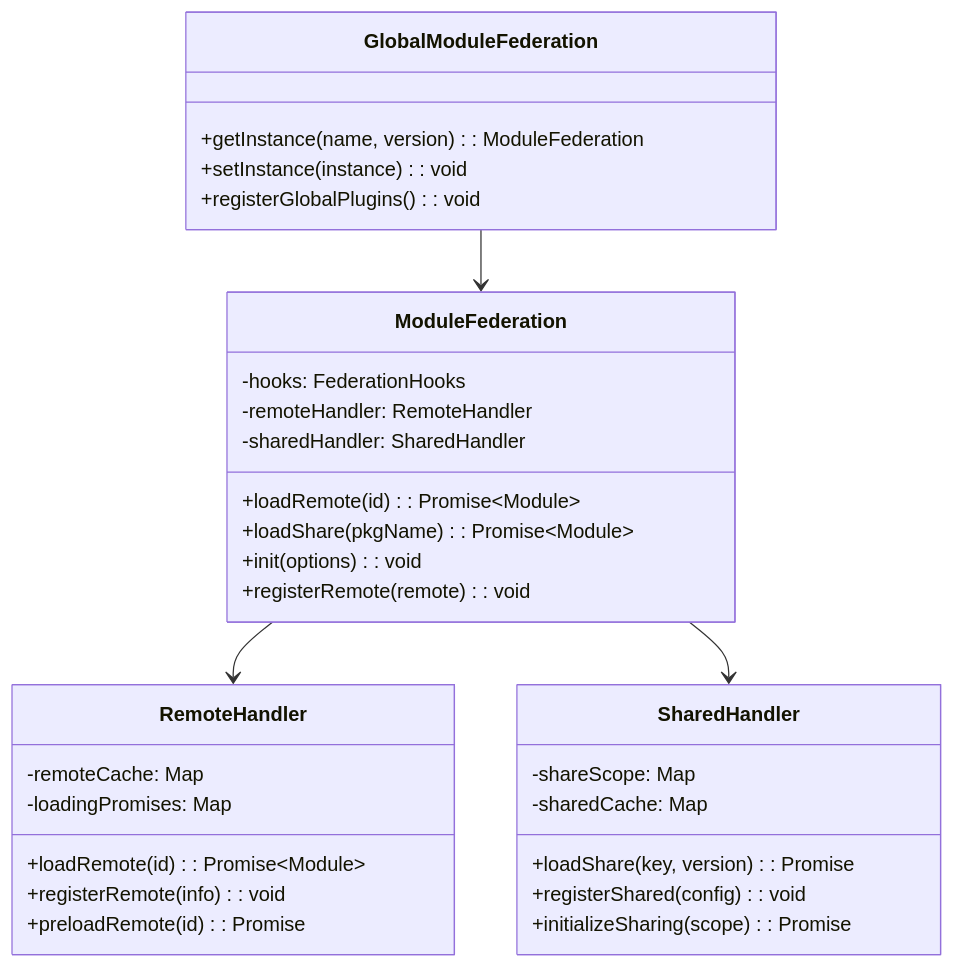
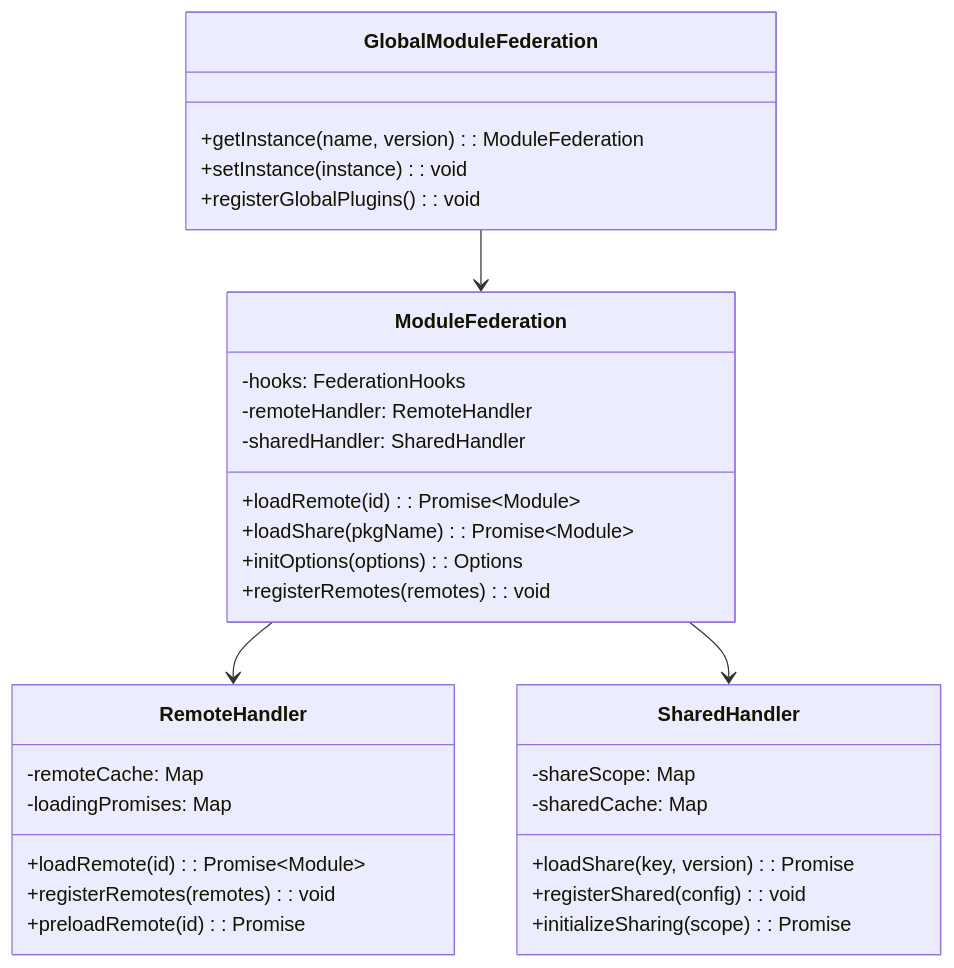
Before and after one commit to module-federation/core: the third of 10 diagrams in arch-doc/architecture-overview.md, drawn with Mermaid. The commit also changed other lines of this file and 17 other files, not shown here.

Commit message:
docs: correct factual inaccuracies in architecture docs (#4861)

````diff
--- a/arch-doc/architecture-overview.md
+++ b/arch-doc/architecture-overview.md
@@ -375,38 +374,38 @@
 ```mermaid
 classDiagram
     class ModuleFederation {
         -hooks: FederationHooks
         -remoteHandler: RemoteHandler
         -sharedHandler: SharedHandler
         +loadRemote(id): Promise~Module~
         +loadShare(pkgName): Promise~Module~
-        +init(options): void
-        +registerRemote(remote): void
+        +initOptions(options): Options
+        +registerRemotes(remotes): void
     }
 
     class RemoteHandler {
         -remoteCache: Map
         -loadingPromises: Map
         +loadRemote(id): Promise~Module~
-        +registerRemote(info): void
+        +registerRemotes(remotes): void
         +preloadRemote(id): Promise
     }
 
     class SharedHandler {
         -shareScope: Map
         -sharedCache: Map
         +loadShare(key, version): Promise
         +registerShared(config): void
         +initializeSharing(scope): Promise
     }
 
     class GlobalModuleFederation {
         +getInstance(name, version): ModuleFederation
         +setInstance(instance): void
         +registerGlobalPlugins(): void
     }
 
     ModuleFederation --> RemoteHandler
     ModuleFederation --> SharedHandler
     GlobalModuleFederation --> ModuleFederation
 ```
````
